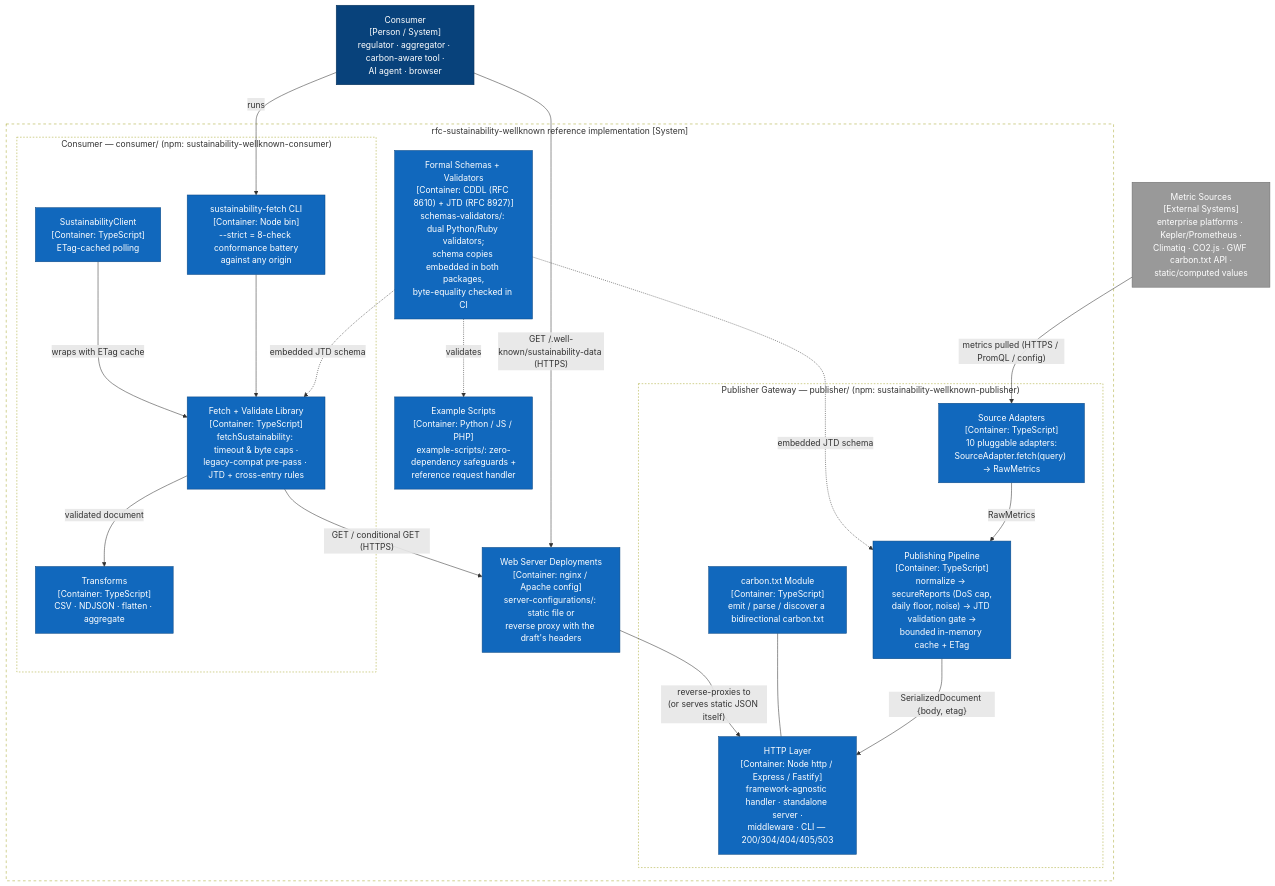
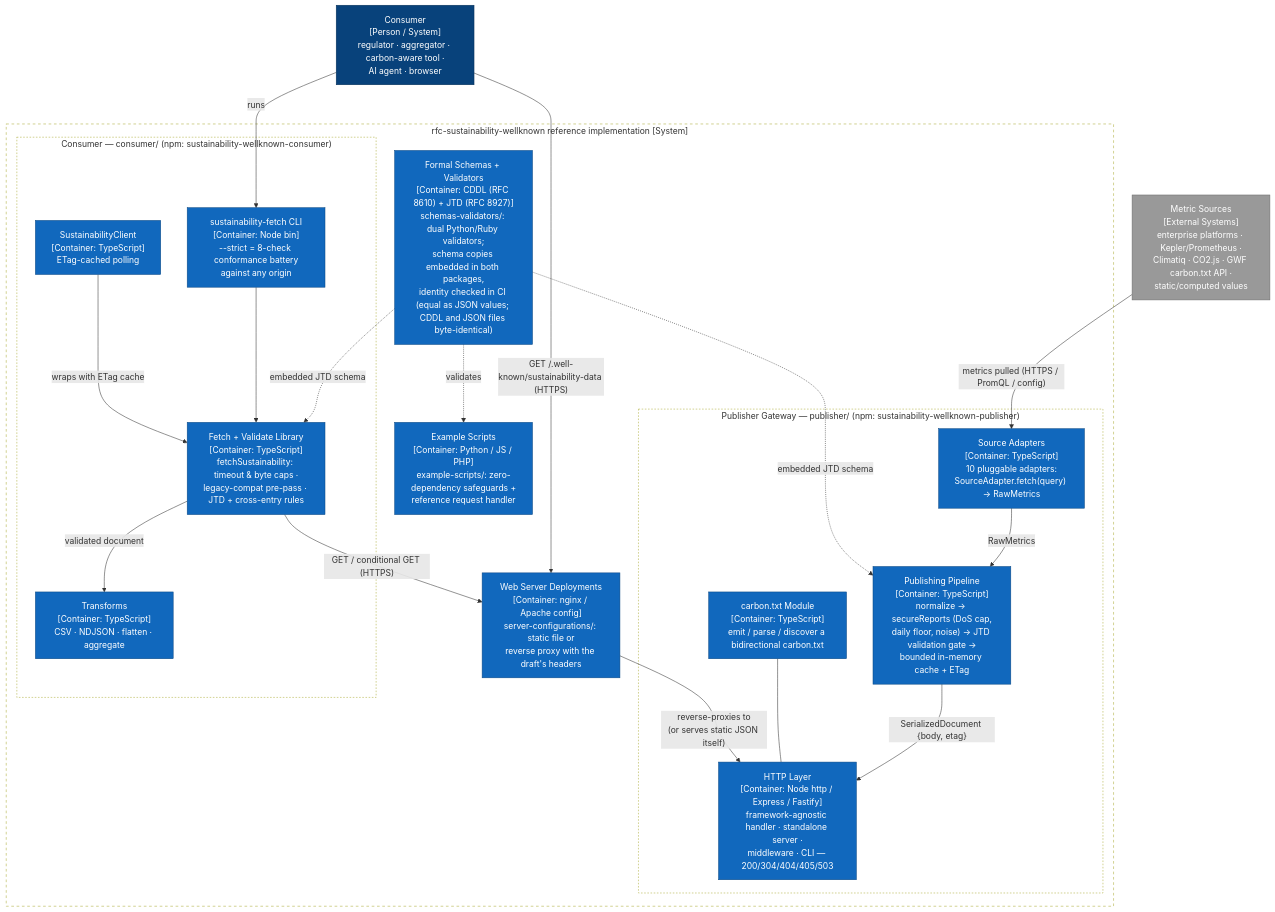
Before and after one commit to andreibesleaga/rfc-sustainability-wellknown: the second of 10 diagrams in architecture/README.md, drawn with Mermaid. The commit also changed other lines of this file and 43 other files, not shown here.

````diff
--- a/architecture/README.md
+++ b/architecture/README.md
@@ -159,51 +161,51 @@
 ```mermaid
 flowchart TB
     CLIENT["Consumer<br/>[Person / System]<br/>regulator · aggregator · carbon-aware tool ·<br/>AI agent · browser"]
     DS["Metric Sources<br/>[External Systems]<br/>enterprise platforms · Kepler/Prometheus ·<br/>Climatiq · CO2.js · GWF carbon.txt API ·<br/>static/computed values"]
 
     subgraph REPO["rfc-sustainability-wellknown reference implementation [System]"]
         subgraph PUBB["Publisher Gateway — publisher/ (npm: sustainability-wellknown-publisher)"]
             ADP["Source Adapters<br/>[Container: TypeScript]<br/>10 pluggable adapters:<br/>SourceAdapter.fetch(query) → RawMetrics"]
             PIPE["Publishing Pipeline<br/>[Container: TypeScript]<br/>normalize → secureReports (DoS cap,<br/>daily floor, noise) → JTD validation gate →<br/>bounded in-memory cache + ETag"]
             HTTPL["HTTP Layer<br/>[Container: Node http / Express / Fastify]<br/>framework-agnostic handler · standalone server ·<br/>middleware · CLI — 200/304/404/405/503"]
             CTM["carbon.txt Module<br/>[Container: TypeScript]<br/>emit / parse / discover a bidirectional carbon.txt"]
         end
 
         subgraph CONSB["Consumer — consumer/ (npm: sustainability-wellknown-consumer)"]
             FETCH["Fetch + Validate Library<br/>[Container: TypeScript]<br/>fetchSustainability: timeout & byte caps ·<br/>legacy-compat pre-pass · JTD + cross-entry rules"]
             SCLI["SustainabilityClient<br/>[Container: TypeScript]<br/>ETag-cached polling"]
             TR["Transforms<br/>[Container: TypeScript]<br/>CSV · NDJSON · flatten · aggregate"]
             FCLI["sustainability-fetch CLI<br/>[Container: Node bin]<br/>--strict = 8-check conformance battery<br/>against any origin"]
         end
 
-        SCHEMAS["Formal Schemas + Validators<br/>[Container: CDDL (RFC 8610) + JTD (RFC 8927)]<br/>schemas-validators/: dual Python/Ruby validators;<br/>schema copies embedded in both packages,<br/>byte-equality checked in CI"]
+        SCHEMAS["Formal Schemas + Validators<br/>[Container: CDDL (RFC 8610) + JTD (RFC 8927)]<br/>schemas-validators/: dual Python/Ruby validators;<br/>schema copies embedded in both packages,<br/>identity checked in CI (equal as JSON values; CDDL and JSON files byte-identical)"]
         WEBC["Web Server Deployments<br/>[Container: nginx / Apache config]<br/>server-configurations/: static file or<br/>reverse proxy with the draft's headers"]
         EXS["Example Scripts<br/>[Container: Python / JS / PHP]<br/>example-scripts/: zero-dependency safeguards +<br/>reference request handler"]
     end
 
     DS -- "metrics pulled (HTTPS / PromQL / config)" --> ADP
     ADP -- "RawMetrics" --> PIPE
     PIPE -- "SerializedDocument {body, etag}" --> HTTPL
     CTM --- HTTPL
     SCHEMAS -. "embedded JTD schema" .-> PIPE
     SCHEMAS -. "embedded JTD schema" .-> FETCH
     SCHEMAS -. "validates" .-> EXS
     WEBC -- "reverse-proxies to<br/>(or serves static JSON itself)" --> HTTPL
 
     CLIENT -- "GET /.well-known/sustainability-data (HTTPS)" --> WEBC
     CLIENT -- "runs" --> FCLI
     FCLI --> FETCH
     SCLI -- "wraps with ETag cache" --> FETCH
     FETCH -- "validated document" --> TR
     FETCH -- "GET / conditional GET (HTTPS)" --> WEBC
 
     classDef person fill:#08427b,color:#fff,stroke:#052e56
     classDef cont fill:#1168bd,color:#fff,stroke:#0b4884
     classDef ext fill:#999999,color:#fff,stroke:#6b6b6b
     class CLIENT person
     class ADP,PIPE,HTTPL,CTM,FETCH,SCLI,TR,FCLI,SCHEMAS,WEBC,EXS cont
     class DS ext
     style REPO stroke-dasharray:5 5,fill:none
     style PUBB stroke-dasharray:3 3,fill:none
     style CONSB stroke-dasharray:3 3,fill:none
 ```
````
